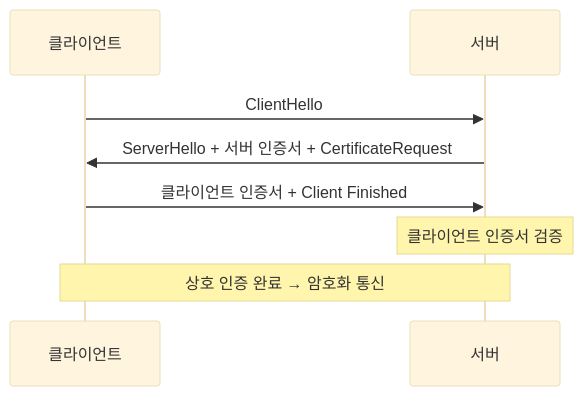
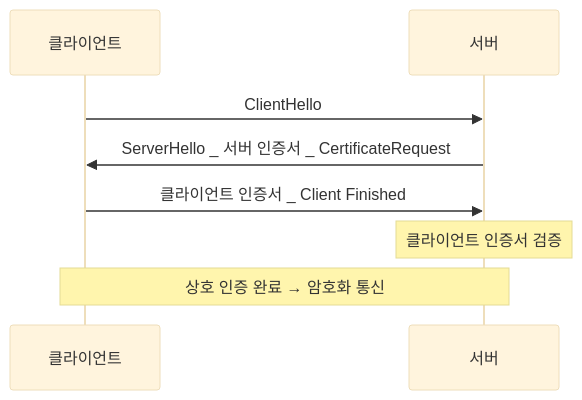
The fifth of 7 diagrams in _posts/network/2026-05-03-https-tls.md (yjkim2015/yjkim2015.github.io), drawn with Mermaid (base theme) before and after one commit. The commit also changed other lines of this file and 38 other files, not shown here.

First line of the commit message:
Mermaid 파싱 에러 최종 수정 + 화살표 간격 확대

````diff
--- a/_posts/network/2026-05-03-https-tls.md
+++ b/_posts/network/2026-05-03-https-tls.md
@@ -166,10 +166,10 @@
 ```mermaid
 sequenceDiagram
     participant C as 클라이언트
     participant S as 서버
     C->>S: ClientHello
-    S->>C: ServerHello + 서버 인증서 + CertificateRequest
-    C->>S: 클라이언트 인증서 + Client Finished
+    S->>C: ServerHello _ 서버 인증서 _ CertificateRequest
+    C->>S: 클라이언트 인증서 _ Client Finished
     Note over S: 클라이언트 인증서 검증
     Note over C,S: 상호 인증 완료 → 암호화 통신
 ```
````
